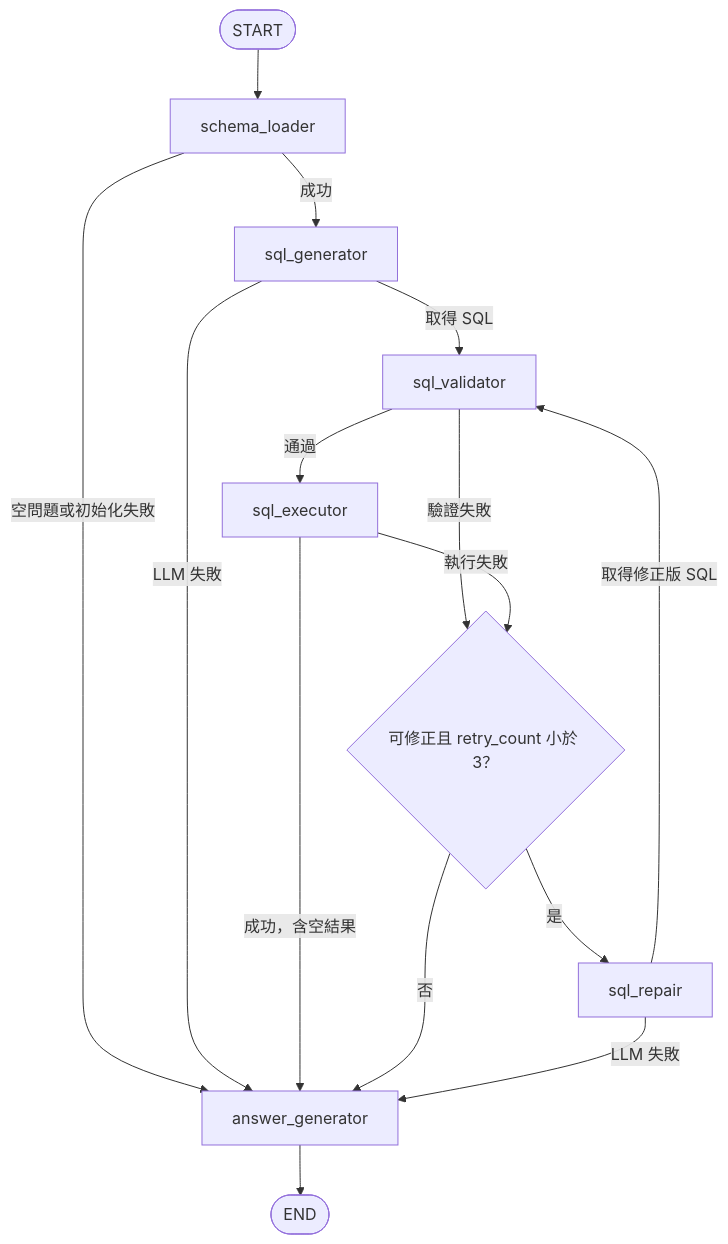
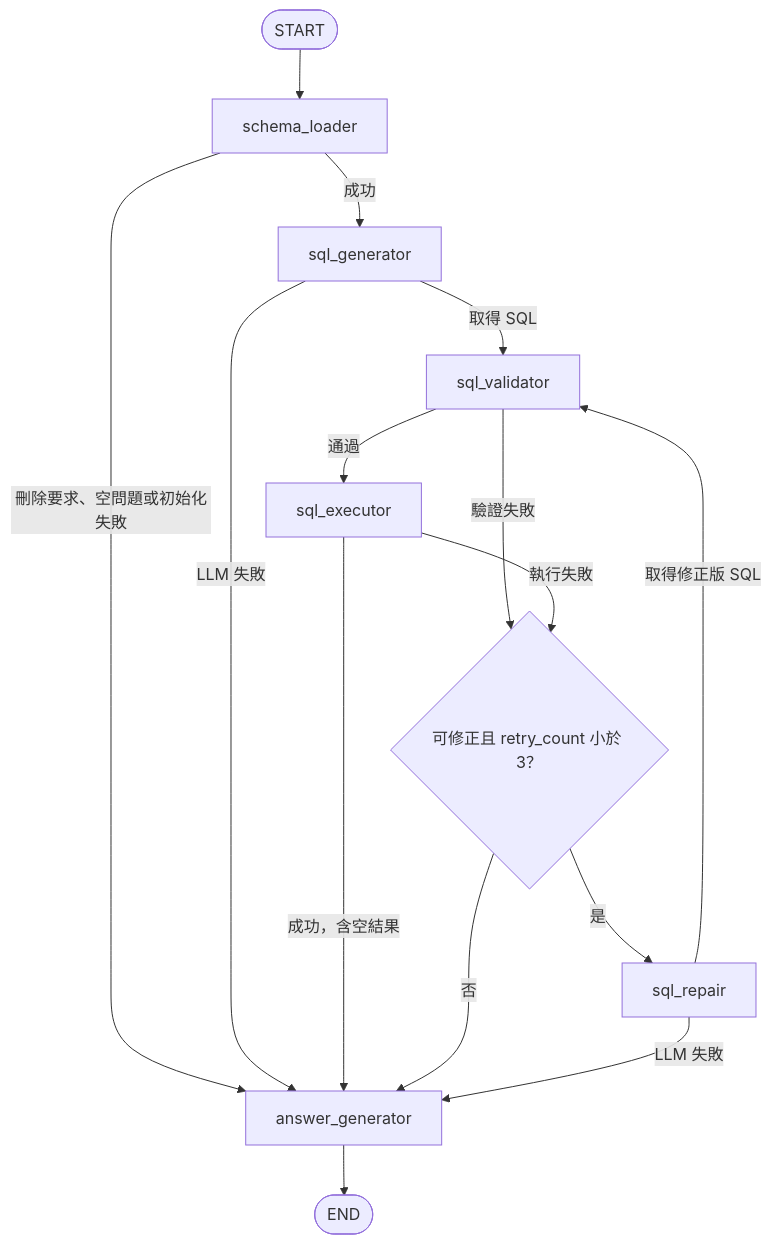
Before and after one commit to jonwang5150/Text_To_SQL_Agent: the diagram in text2sql/README.md, drawn with Mermaid. The commit also changed other lines of this file and 5 other files, not shown here.

````diff
--- a/text2sql/README.md
+++ b/text2sql/README.md
@@ -277,17 +280,17 @@
 ```mermaid
 flowchart TD
     start([START]) --> schema_loader
     schema_loader -->|成功| sql_generator
-    schema_loader -->|空問題或初始化失敗| answer_generator
+    schema_loader -->|刪除要求、空問題或初始化失敗| answer_generator
     sql_generator -->|取得 SQL| sql_validator
     sql_generator -->|LLM 失敗| answer_generator
     sql_validator -->|通過| sql_executor
     sql_validator -->|驗證失敗| repair_check{"可修正且 retry_count 小於 3？"}
     sql_executor -->|成功，含空結果| answer_generator
     sql_executor -->|執行失敗| repair_check
     repair_check -->|是| sql_repair
     repair_check -->|否| answer_generator
     sql_repair -->|取得修正版 SQL| sql_validator
     sql_repair -->|LLM 失敗| answer_generator
     answer_generator --> finish([END])
 ```
````
